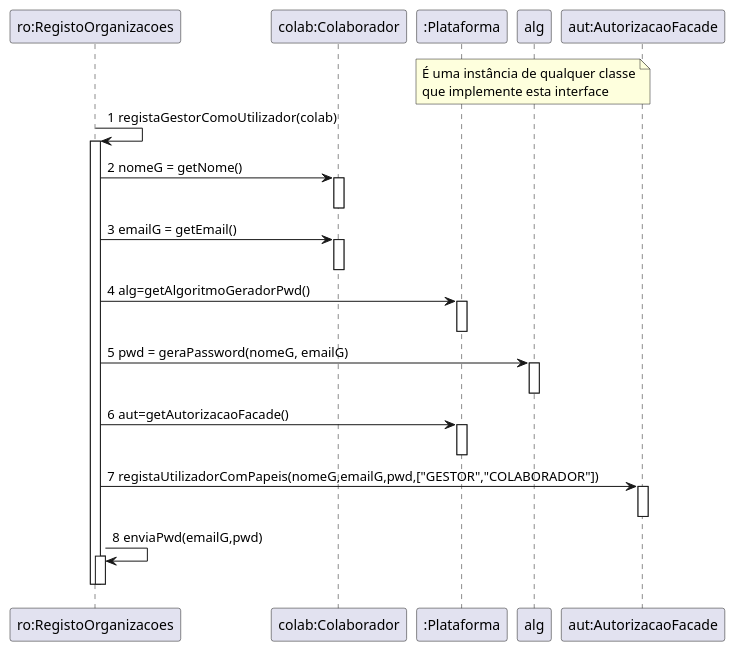
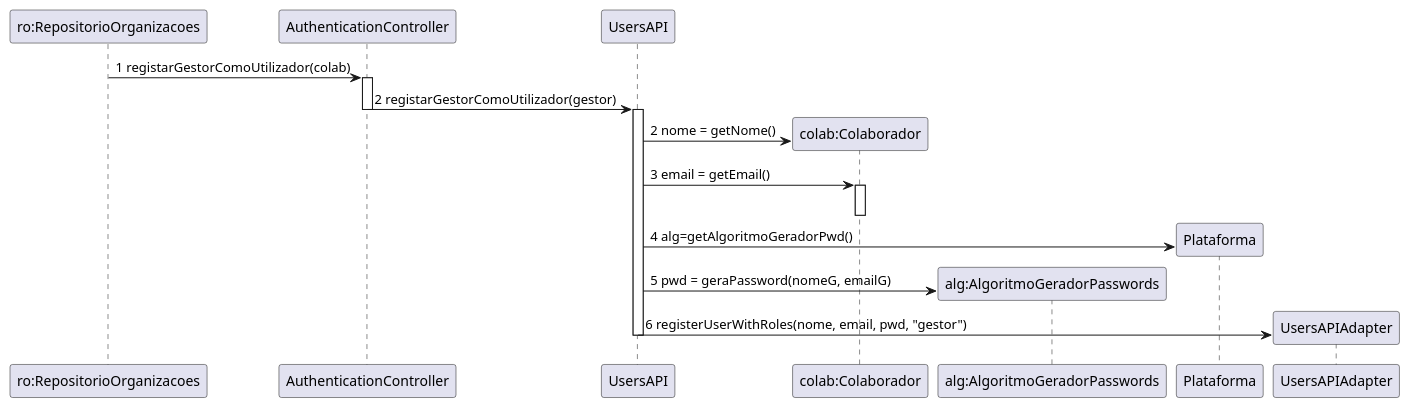
The diagram in Sprint 2/UC1_Registar_Organização/UC1_SD_RegistarGestorComoUtilizador.plantuml (pedro-miguez/upskill_java1_labprg_grupo3), drawn with PlantUML before and after one commit. The commit also changed 16 other files, not shown here.

```diff
--- a/Sprint 2/UC1_Registar_Organização/UC1_SD_RegistarGestorComoUtilizador.plantuml
+++ b/Sprint 2/UC1_Registar_Organização/UC1_SD_RegistarGestorComoUtilizador.plantuml
@@ -1,31 +1,17 @@
 @startuml
-note over alg
-É uma instância de qualquer classe
-que implemente esta interface
-endnote
-"ro:RegistoOrganizacoes" -> "ro:RegistoOrganizacoes" : 1 registaGestorComoUtilizador(colab)
-activate "ro:RegistoOrganizacoes"
-"ro:RegistoOrganizacoes" -> "colab:Colaborador" : 2 nomeG = getNome()
+
+"ro:RepositorioOrganizacoes" -> "AuthenticationController" : 1 registarGestorComoUtilizador(colab)
+activate "AuthenticationController"
+"AuthenticationController" -> UsersAPI  : 2 registarGestorComoUtilizador(gestor)
+deactivate AuthenticationController
+activate UsersAPI
+UsersAPI -> "colab:Colaborador" ** : 2 nome = getNome()
+UsersAPI -> "colab:Colaborador" : 3 email = getEmail()
 activate "colab:Colaborador"
 deactivate "colab:Colaborador"
-"ro:RegistoOrganizacoes" -> "colab:Colaborador" : 3 emailG = getEmail()
-activate "colab:Colaborador"
-deactivate "colab:Colaborador"
-"ro:RegistoOrganizacoes" -> ":Plataforma" : 4 alg=getAlgoritmoGeradorPwd()
-activate ":Plataforma"
-deactivate ":Plataforma"
-participant "alg:AlgoritmoGeradorPasswords" as alg <<interface>>
-"ro:RegistoOrganizacoes" -> alg : 5 pwd = geraPassword(nomeG, emailG)
-activate alg
-deactivate alg
-"ro:RegistoOrganizacoes" -> ":Plataforma" : 6 aut=getAutorizacaoFacade()
-activate ":Plataforma"
-deactivate ":Plataforma"
-"ro:RegistoOrganizacoes" -> "aut:AutorizacaoFacade" : 7 registaUtilizadorComPapeis(nomeG,emailG,pwd,["GESTOR","COLABORADOR"])
-activate "aut:AutorizacaoFacade"
-deactivate "aut:AutorizacaoFacade"
-"ro:RegistoOrganizacoes" -> "ro:RegistoOrganizacoes" : 8 enviaPwd(emailG,pwd)
-activate "ro:RegistoOrganizacoes"
-deactivate "ro:RegistoOrganizacoes"
-deactivate "ro:RegistoOrganizacoes"
+participant "alg:AlgoritmoGeradorPasswords" as alg
+UsersAPI -> Plataforma ** : 4 alg=getAlgoritmoGeradorPwd()
+UsersAPI -> alg ** : 5 pwd = geraPassword(nomeG, emailG)
+UsersAPI -> UsersAPIAdapter **: 6 registerUserWithRoles(nome, email, pwd, "gestor")
+deactivate UsersAPI
 @enduml
```
